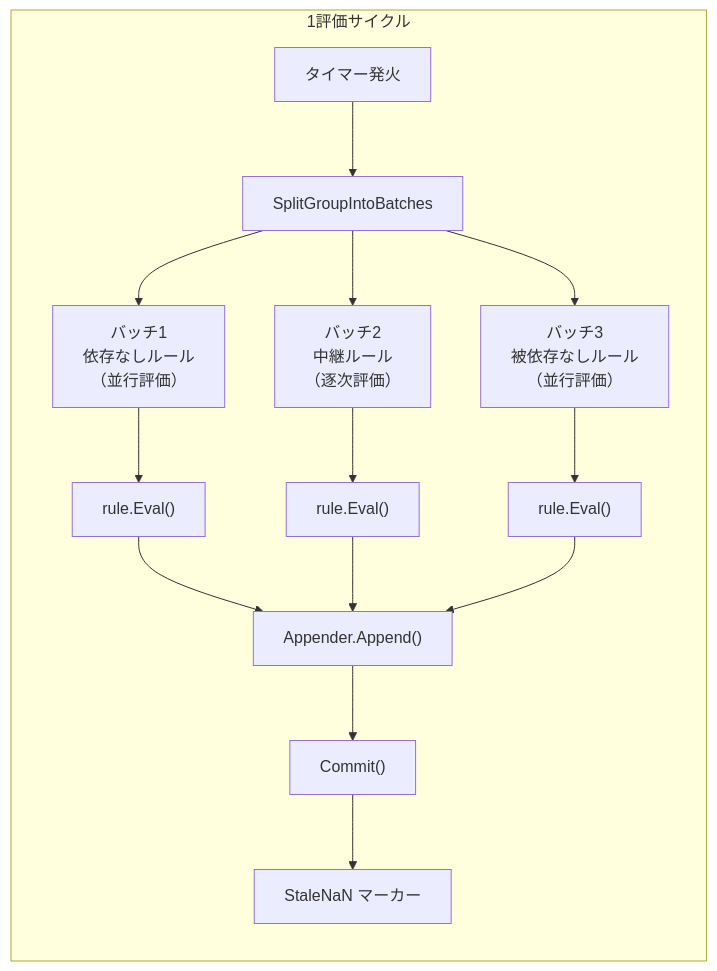
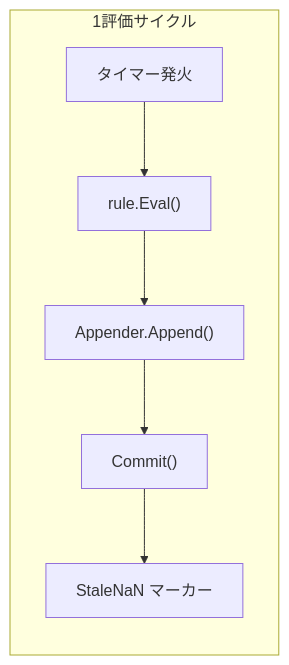
The second of 2 diagrams in prometheus/part04-rules/12-rule-evaluation.md (miyamadoKL/source-code-reading), drawn with Mermaid before and after one commit. The commit also changed other lines of this file and 10 other files, not shown here.

````diff
--- a/prometheus/part04-rules/12-rule-evaluation.md
+++ b/prometheus/part04-rules/12-rule-evaluation.md
@@ -52,17 +52,9 @@
 ```mermaid
 flowchart LR
     subgraph eval_cycle["1評価サイクル"]
-        tick["タイマー発火"] --> split["SplitGroupIntoBatches"]
-        split --> batch1["バッチ1\n依存なしルール\n（並行評価）"]
-        split --> batch2["バッチ2\n中継ルール\n（逐次評価）"]
-        split --> batch3["バッチ3\n被依存なしルール\n（並行評価）"]
-        batch1 --> eval1["rule.Eval()"]
-        batch2 --> eval2["rule.Eval()"]
-        batch3 --> eval3["rule.Eval()"]
-        eval1 --> append["Appender.Append()"]
-        eval2 --> append
-        eval3 --> append
+        tick["タイマー発火"] --> eval["rule.Eval()"]
+        eval --> append["Appender.Append()"]
         append --> commit["Commit()"]
         commit --> stale["StaleNaN マーカー"]
     end
 ```
````
